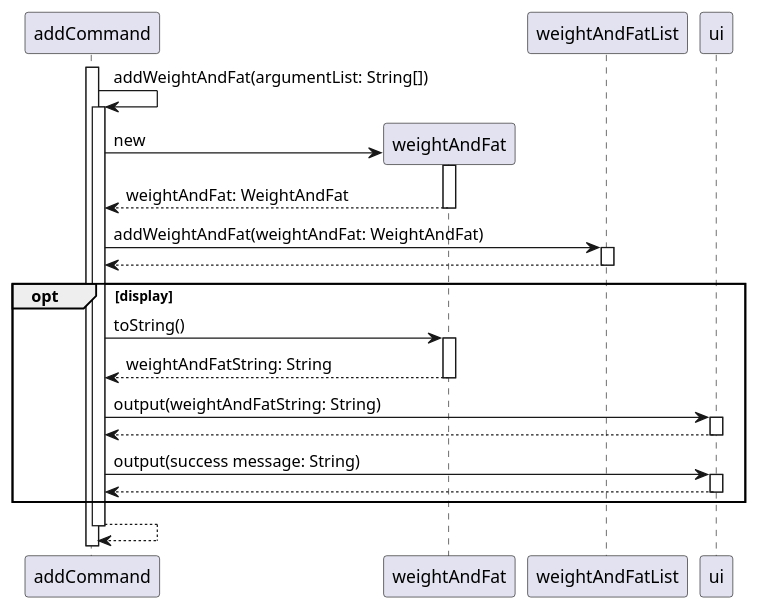
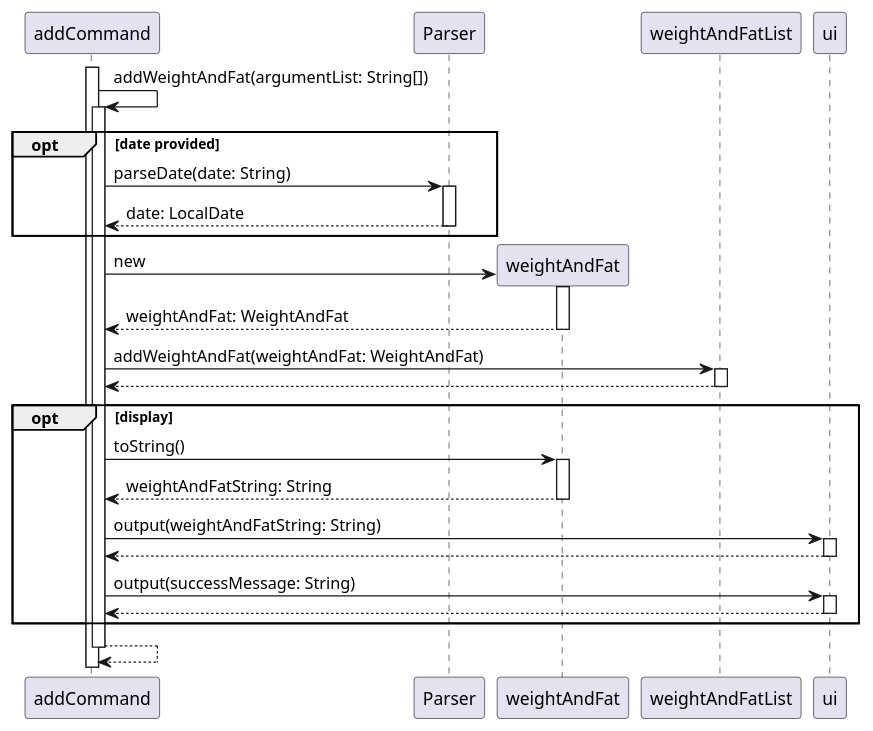
One commit to nus-cs2113-AY2223S1/tp changed the diagram in docs/UmlDiagrams/AddWeightAndFat.puml. Above: the diagram before and after it, drawn with PlantUML. The commit also changed 17 other files, not shown here.

```diff
--- a/docs/UmlDiagrams/AddWeightAndFat.puml
+++ b/docs/UmlDiagrams/AddWeightAndFat.puml
@@ -1,24 +1,28 @@
 @startuml
 'https://plantuml.com/sequence-diagram
 
 autoactivate on
 
 
 activate addCommand
     addCommand -> addCommand: addWeightAndFat(argumentList: String[])
+    opt date provided
+        addCommand -> Parser: parseDate(date: String)
+        return date: LocalDate
+    end
     addCommand -> weightAndFat **: new
     activate weightAndFat
     addCommand <-- weightAndFat: weightAndFat: WeightAndFat
     addCommand -> weightAndFatList: addWeightAndFat(weightAndFat: WeightAndFat)
     return
     opt display
         addCommand -> weightAndFat: toString()
         return weightAndFatString: String
         addCommand -> ui: output(weightAndFatString: String)
         return
-        addCommand -> ui: output(success message: String)
+        addCommand -> ui: output(successMessage: String)
         return
     end
 return
 
 @enduml
```
